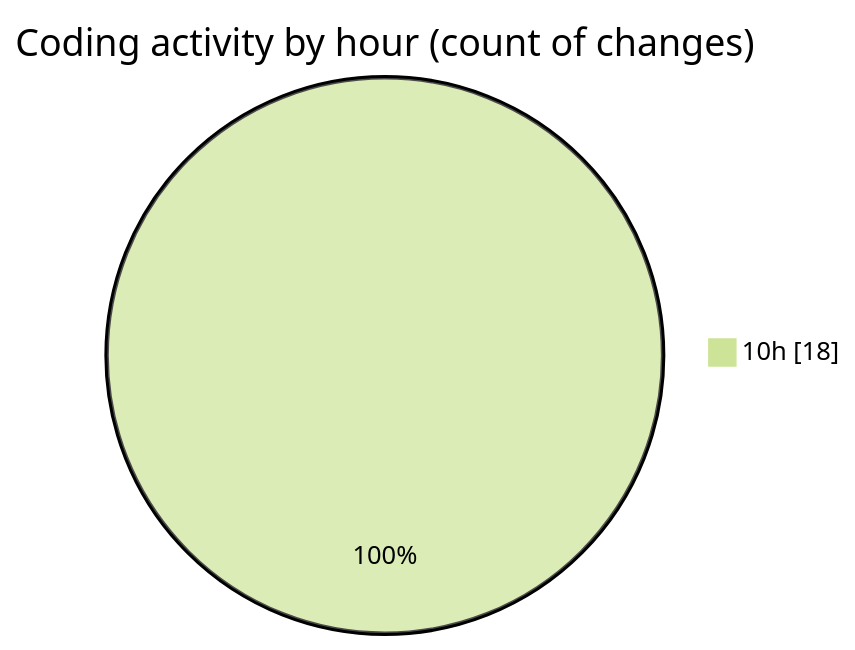
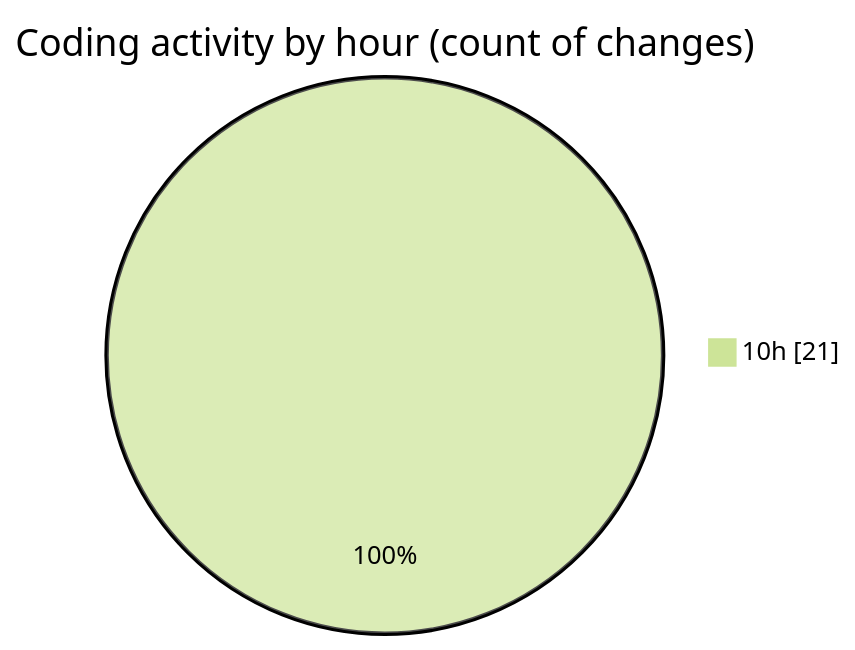
One commit to momahboobian/code-tracking changed the second of 2 diagrams in 2025-10-24/cda/README.md. Above: the diagram before and after it, drawn with Mermaid (forest theme). The commit also changed other lines of this file and 1 other file, not shown here.

````diff
--- a/2025-10-24/cda/README.md
+++ b/2025-10-24/cda/README.md
@@ -30,5 +32,5 @@
 ```mermaid
 pie showData
 title Coding activity by hour (count of changes)
-"10h" : 18
+"10h" : 21
 ```
````
